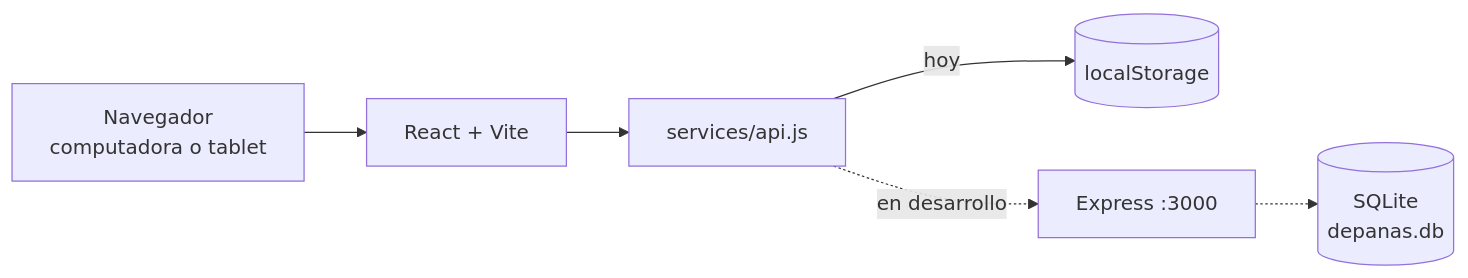
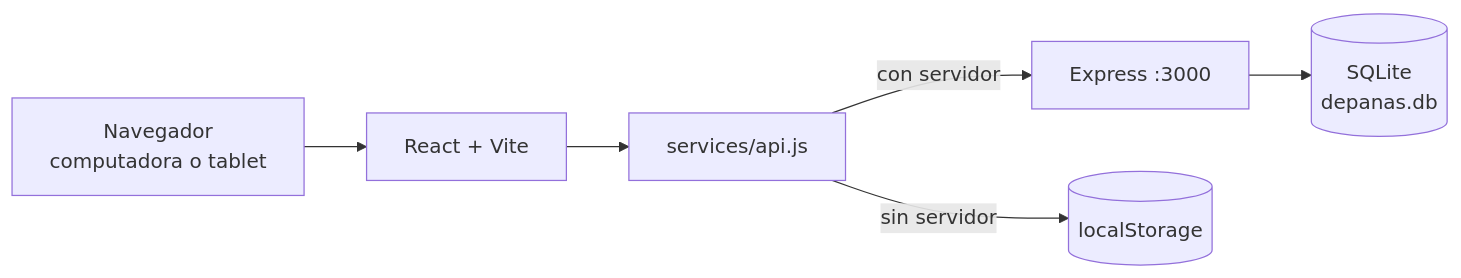
One commit to Gabrielvalen08/DePanas_Proyect_FORGE changed the diagram in README.md. Above: the diagram before and after it, drawn with Mermaid. The commit also changed other lines of this file and 8 other files, not shown here.

````diff
--- a/README.md
+++ b/README.md
@@ -73,7 +84,7 @@
 ```mermaid
 flowchart LR
   U[Navegador<br/>computadora o tablet] --> R[React + Vite]
   R --> A[services/api.js]
-  A -->|hoy| L[(localStorage)]
-  A -.->|en desarrollo| E[Express :3000] -.-> S[(SQLite<br/>depanas.db)]
+  A -->|con servidor| E[Express :3000] --> S[(SQLite<br/>depanas.db)]
+  A -->|sin servidor| L[(localStorage)]
 ```
````
